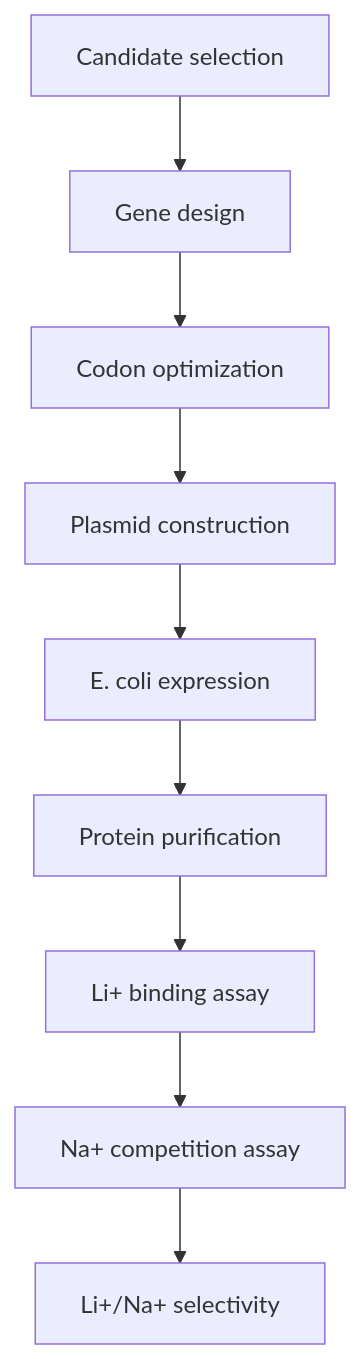
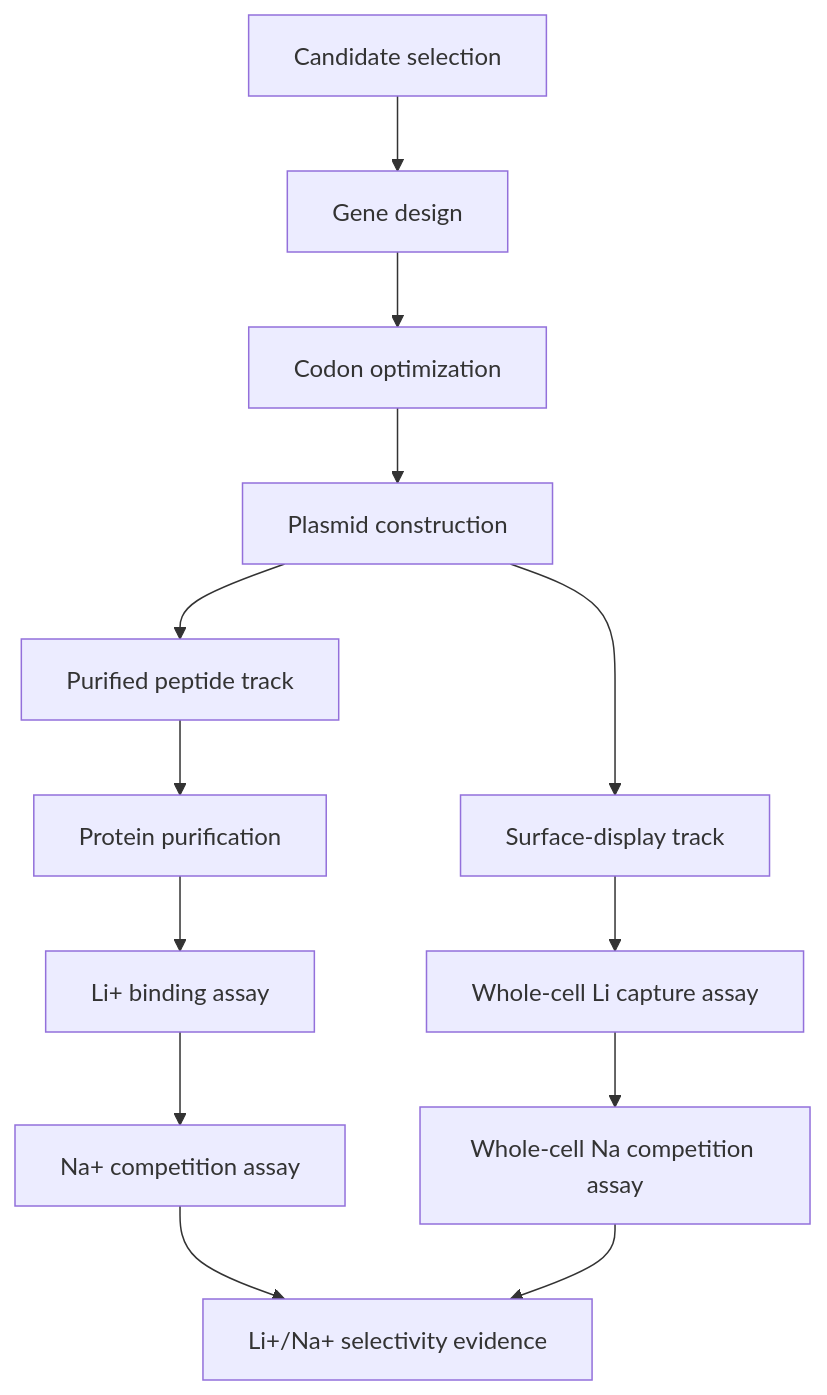
The diagram in 02_experimental_validation/wetlab/README.md (jackyissocute/LiSPER), drawn with Mermaid before and after one commit. The commit also changed other lines of this file and 5 other files, not shown here.

Commit message:
Surface Display Design Round 1

````diff
--- a/02_experimental_validation/wetlab/README.md
+++ b/02_experimental_validation/wetlab/README.md
@@ -7,11 +7,15 @@
 ```mermaid
 flowchart TD
     A["Candidate selection"] --> B["Gene design"]
     B --> C["Codon optimization"]
     C --> D["Plasmid construction"]
-    D --> E["E. coli expression"]
+    D --> E["Purified peptide track"]
+    D --> J["Surface-display track"]
     E --> F["Protein purification"]
     F --> G["Li+ binding assay"]
     G --> H["Na+ competition assay"]
-    H --> I["Li+/Na+ selectivity"]
+    J --> K["Whole-cell Li capture assay"]
+    K --> L["Whole-cell Na competition assay"]
+    H --> I["Li+/Na+ selectivity evidence"]
+    L --> I
 ```
````
